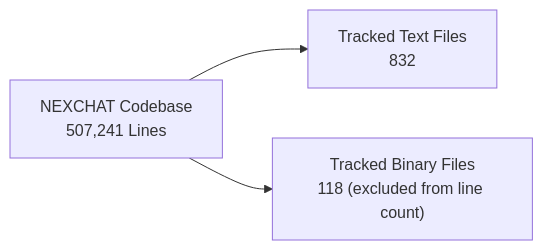
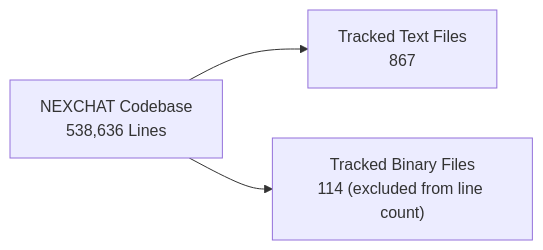
The second of 3 diagrams in count.md (alexhack235-code/NEXCHAT), drawn with Mermaid before and after one commit. The commit also changed other lines of this file and 39 other files, not shown here.

````diff
--- a/count.md
+++ b/count.md
@@ -78,5 +78,5 @@
 ```mermaid
 flowchart LR
-    ROOT["NEXCHAT Codebase<br/>507,241 Lines"] --> TEXT["Tracked Text Files<br/>832"]
-    ROOT --> BINARY["Tracked Binary Files<br/>118 (excluded from line count)"]
+    ROOT["NEXCHAT Codebase<br/>538,636 Lines"] --> TEXT["Tracked Text Files<br/>867"]
+    ROOT --> BINARY["Tracked Binary Files<br/>114 (excluded from line count)"]
 ```
````
